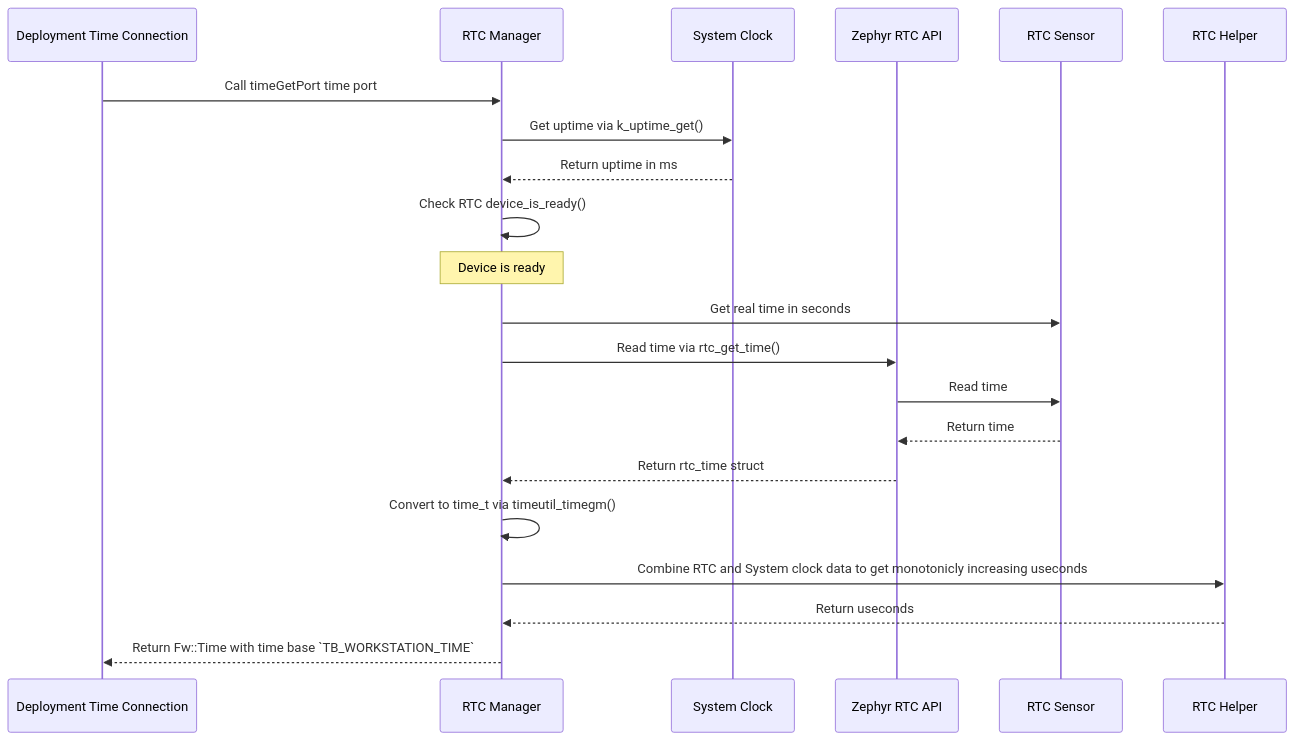
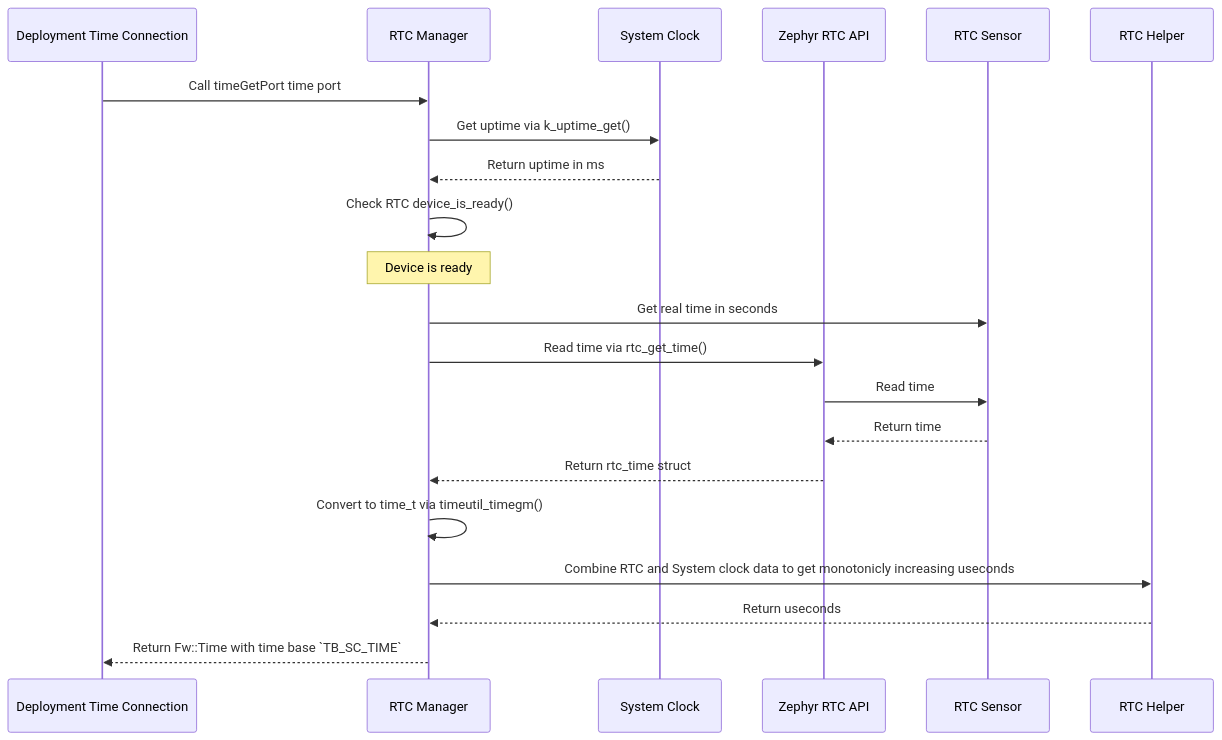
One commit to Open-Source-Space-Foundation/proves-core-reference changed the third of 8 diagrams in docs-site/components/RtcManager.md. Above: the diagram before and after it, drawn with Mermaid. The commit also changed other lines of this file and 2 other files, not shown here.

Commit message:
TB_WORKSTATION_TIME -> TB_SC_TIME

````diff
--- a/docs-site/components/RtcManager.md
+++ b/docs-site/components/RtcManager.md
@@ -137,23 +137,23 @@
 ```mermaid
 sequenceDiagram
     participant Deployment Time Connection
     participant RTC Manager
     participant System Clock
     participant Zephyr RTC API
     participant RTC Sensor
 
     Deployment Time Connection->>RTC Manager: Call timeGetPort time port
     RTC Manager->>System Clock: Get uptime via k_uptime_get()
     System Clock-->>RTC Manager: Return uptime in ms
     RTC Manager->>RTC Manager: Check RTC device_is_ready()
     Note over RTC Manager: Device is ready
     RTC Manager->>RTC Sensor: Get real time in seconds
     RTC Manager->>Zephyr RTC API: Read time via rtc_get_time()
     Zephyr RTC API->>RTC Sensor: Read time
     RTC Sensor-->>Zephyr RTC API: Return time
     Zephyr RTC API-->>RTC Manager: Return rtc_time struct
     RTC Manager->>RTC Manager: Convert to time_t via timeutil_timegm()
     RTC Manager->>RTC Helper: Combine RTC and System clock data to get monotonicly increasing useconds
     RTC Helper-->>RTC Manager: Return useconds
-    RTC Manager-->>Deployment Time Connection: Return Fw::Time with time base `TB_WORKSTATION_TIME`
+    RTC Manager-->>Deployment Time Connection: Return Fw::Time with time base `TB_SC_TIME`
 ```
````
